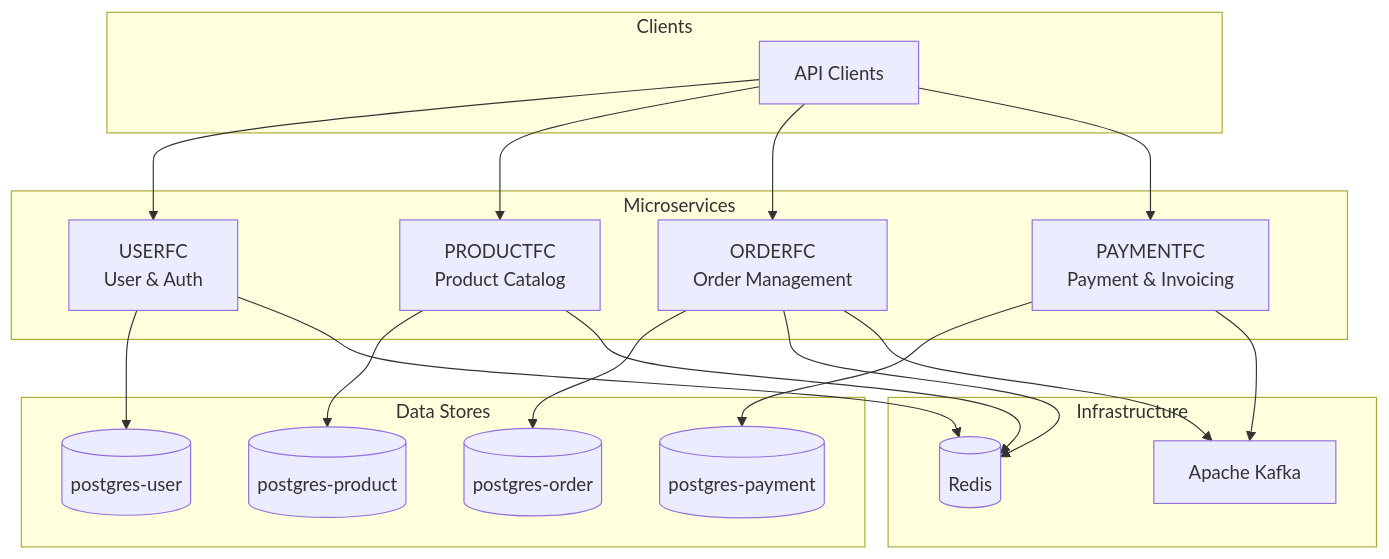
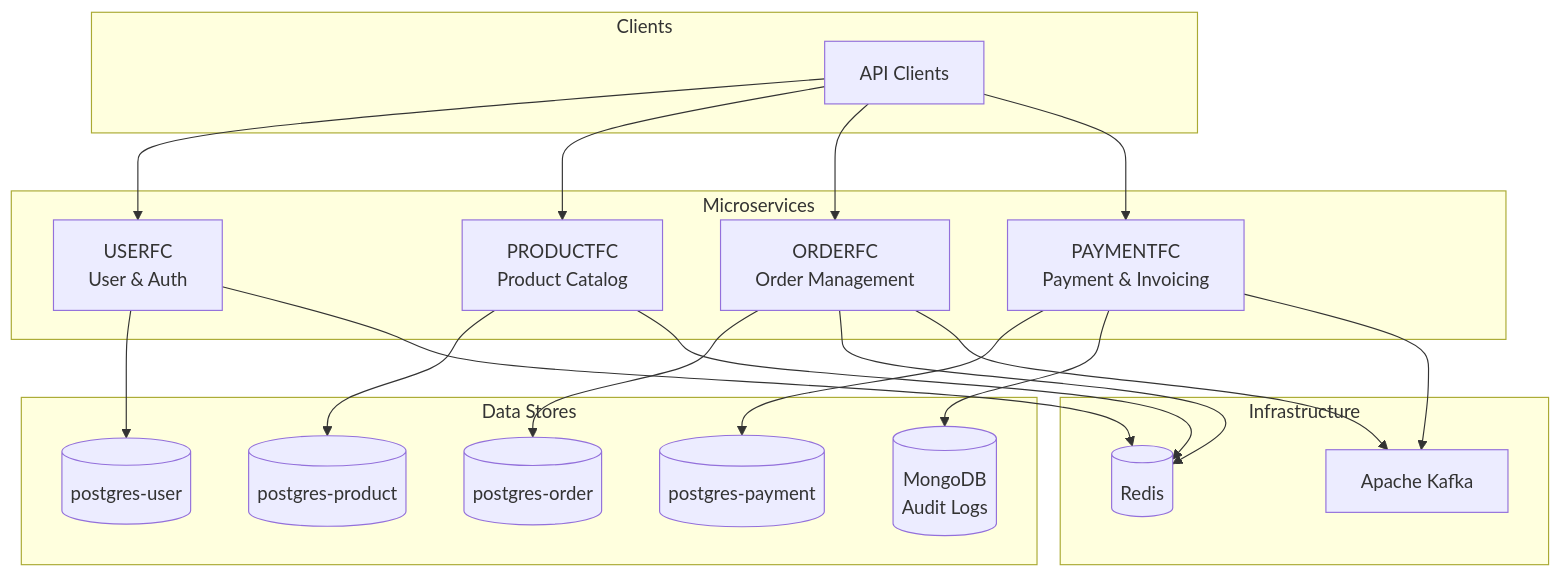
One commit to SundaePorkCutlet/go-commerce changed the first of 2 diagrams in README.md. Above: the diagram before and after it, drawn with Mermaid. The commit also changed other lines of this file, not shown here.

Commit message:
docs: update README with MongoDB, audit logging, and batch processing

````diff
--- a/README.md
+++ b/README.md
@@ -13,40 +13,42 @@
 ```mermaid
 flowchart TB
     subgraph Clients["Clients"]
         API[API Clients]
     end
 
     subgraph Services["Microservices"]
         USERFC[USERFC<br/>User & Auth]
         PRODUCTFC[PRODUCTFC<br/>Product Catalog]
         ORDERFC[ORDERFC<br/>Order Management]
         PAYMENTFC[PAYMENTFC<br/>Payment & Invoicing]
     end
 
     subgraph Data["Data Stores"]
         DB1[(postgres-user)]
         DB2[(postgres-product)]
         DB3[(postgres-order)]
         DB4[(postgres-payment)]
+        MONGO[(MongoDB<br/>Audit Logs)]
     end
 
     subgraph Infrastructure["Infrastructure"]
         KAFKA[Apache Kafka]
         REDIS[(Redis)]
     end
 
     API --> USERFC
     API --> PRODUCTFC
     API --> ORDERFC
     API --> PAYMENTFC
 
     USERFC --> DB1
     USERFC --> REDIS
     PRODUCTFC --> DB2
     PRODUCTFC --> REDIS
     ORDERFC --> DB3
     ORDERFC --> REDIS
     ORDERFC --> KAFKA
     PAYMENTFC --> DB4
+    PAYMENTFC --> MONGO
     PAYMENTFC --> KAFKA
 ```
````
